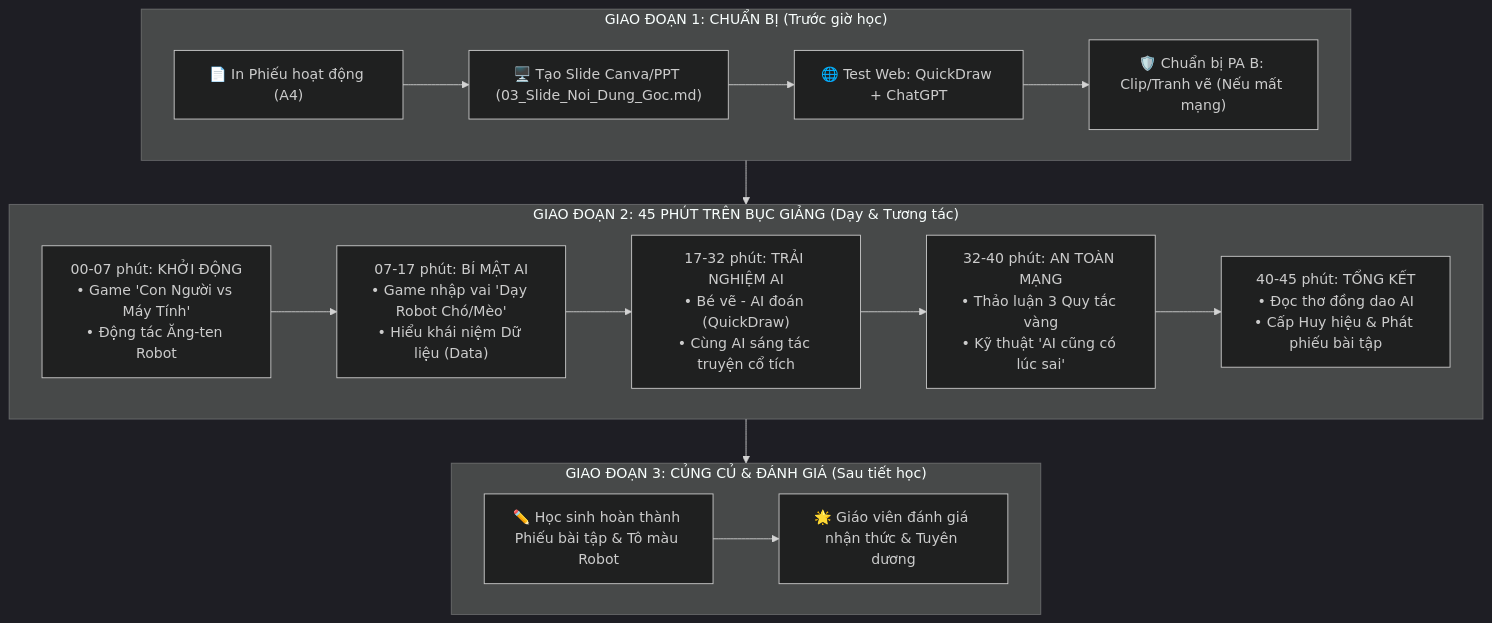
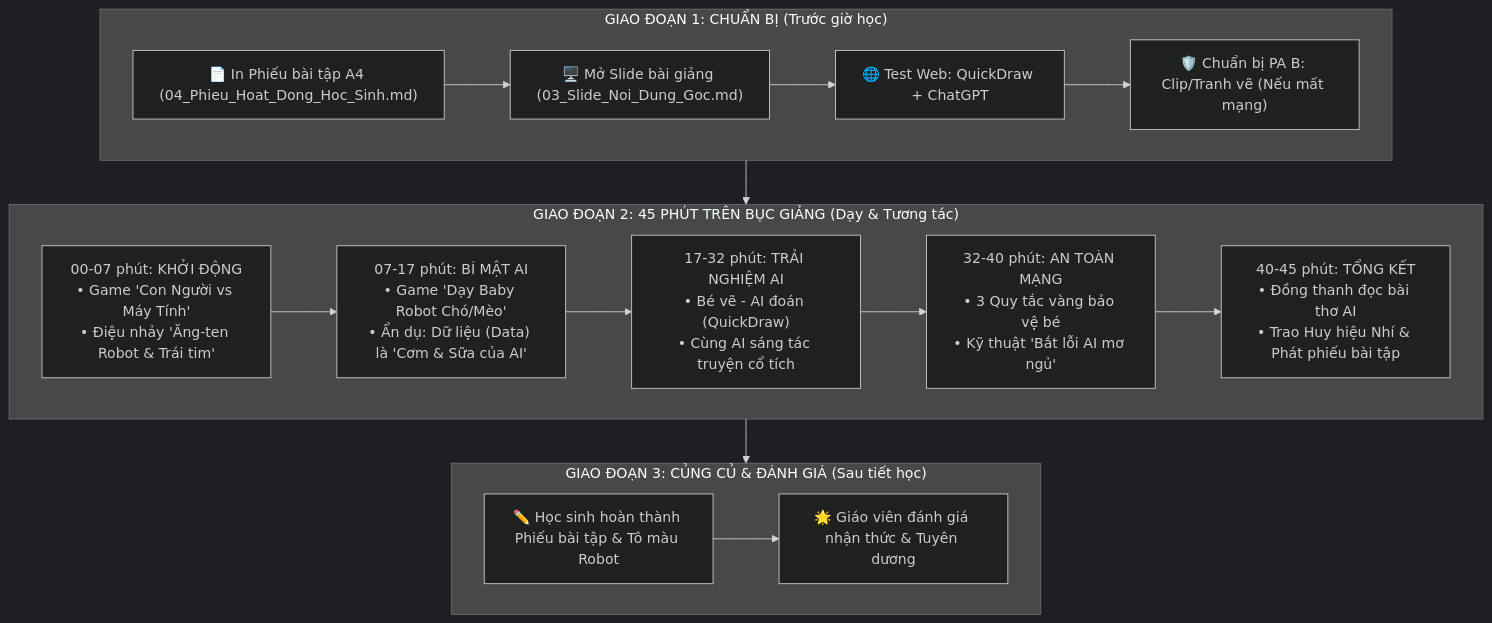
The diagram in 02_Bai_Giang_AI_Cho_Hoc_Sinh_Tieu_Hoc.md (tranvanlong1999/AI), drawn with Mermaid (dark theme) before and after one commit. The commit also changed other lines of this file and 1 other file, not shown here.

````diff
--- a/02_Bai_Giang_AI_Cho_Hoc_Sinh_Tieu_Hoc.md
+++ b/02_Bai_Giang_AI_Cho_Hoc_Sinh_Tieu_Hoc.md
@@ -9,22 +9,22 @@
 ```mermaid
 flowchart TD
     subgraph STAGE1 ["GIAO ĐOẠN 1: CHUẨN BỊ (Trước giờ học)"]
-        A1["📄 In Phiếu hoạt động (A4)"] --> A2["🖥️ Tạo Slide Canva/PPT (03_Slide_Noi_Dung_Goc.md)"]
+        A1["📄 In Phiếu bài tập A4 (04_Phieu_Hoat_Dong_Hoc_Sinh.md)"] --> A2["🖥️ Mở Slide bài giảng (03_Slide_Noi_Dung_Goc.md)"]
         A2 --> A3["🌐 Test Web: QuickDraw + ChatGPT"]
         A3 --> A4["🛡️ Chuẩn bị PA B: Clip/Tranh vẽ (Nếu mất mạng)"]
     end
 
     subgraph STAGE2 ["GIAO ĐOẠN 2: 45 PHÚT TRÊN BỤC GIẢNG (Dạy & Tương tác)"]
-        B1["00-07 phút: KHỞI ĐỘNG\n• Game 'Con Người vs Máy Tính'\n• Động tác Ăng-ten Robot"] --> B2["07-17 phút: BÍ MẬT AI\n• Game nhập vai 'Dạy Robot Chó/Mèo'\n• Hiểu khái niệm Dữ liệu (Data)"]
+        B1["00-07 phút: KHỞI ĐỘNG\n• Game 'Con Người vs Máy Tính'\n• Điệu nhảy 'Ăng-ten Robot & Trái tim'"] --> B2["07-17 phút: BÍ MẬT AI\n• Game 'Dạy Baby Robot Chó/Mèo'\n• Ẩn dụ: Dữ liệu (Data) là 'Cơm & Sữa của AI'"]
         B2 --> B3["17-32 phút: TRẢI NGHIỆM AI\n• Bé vẽ - AI đoán (QuickDraw)\n• Cùng AI sáng tác truyện cổ tích"]
-        B3 --> B4["32-40 phút: AN TOÀN MẠNG\n• Thảo luận 3 Quy tắc vàng\n• Kỹ thuật 'AI cũng có lúc sai'"]
-        B4 --> B5["40-45 phút: TỔNG KẾT\n• Đọc thơ đồng dao AI\n• Cấp Huy hiệu & Phát phiếu bài tập"]
+        B3 --> B4["32-40 phút: AN TOÀN MẠNG\n• 3 Quy tắc vàng bảo vệ bé\n• Kỹ thuật 'Bắt lỗi AI mơ ngủ'"]
+        B4 --> B5["40-45 phút: TỔNG KẾT\n• Đồng thanh đọc bài thơ AI\n• Trao Huy hiệu Nhí & Phát phiếu bài tập"]
     end
 
     subgraph STAGE3 ["GIAO ĐOẠN 3: CỦNG CỦ & ĐÁNH GIÁ (Sau tiết học)"]
         C1["✏️ Học sinh hoàn thành Phiếu bài tập & Tô màu Robot"] --> C2["🌟 Giáo viên đánh giá nhận thức & Tuyên dương"]
     end
 
     STAGE1 --> STAGE2
     STAGE2 --> STAGE3
 ```
````
